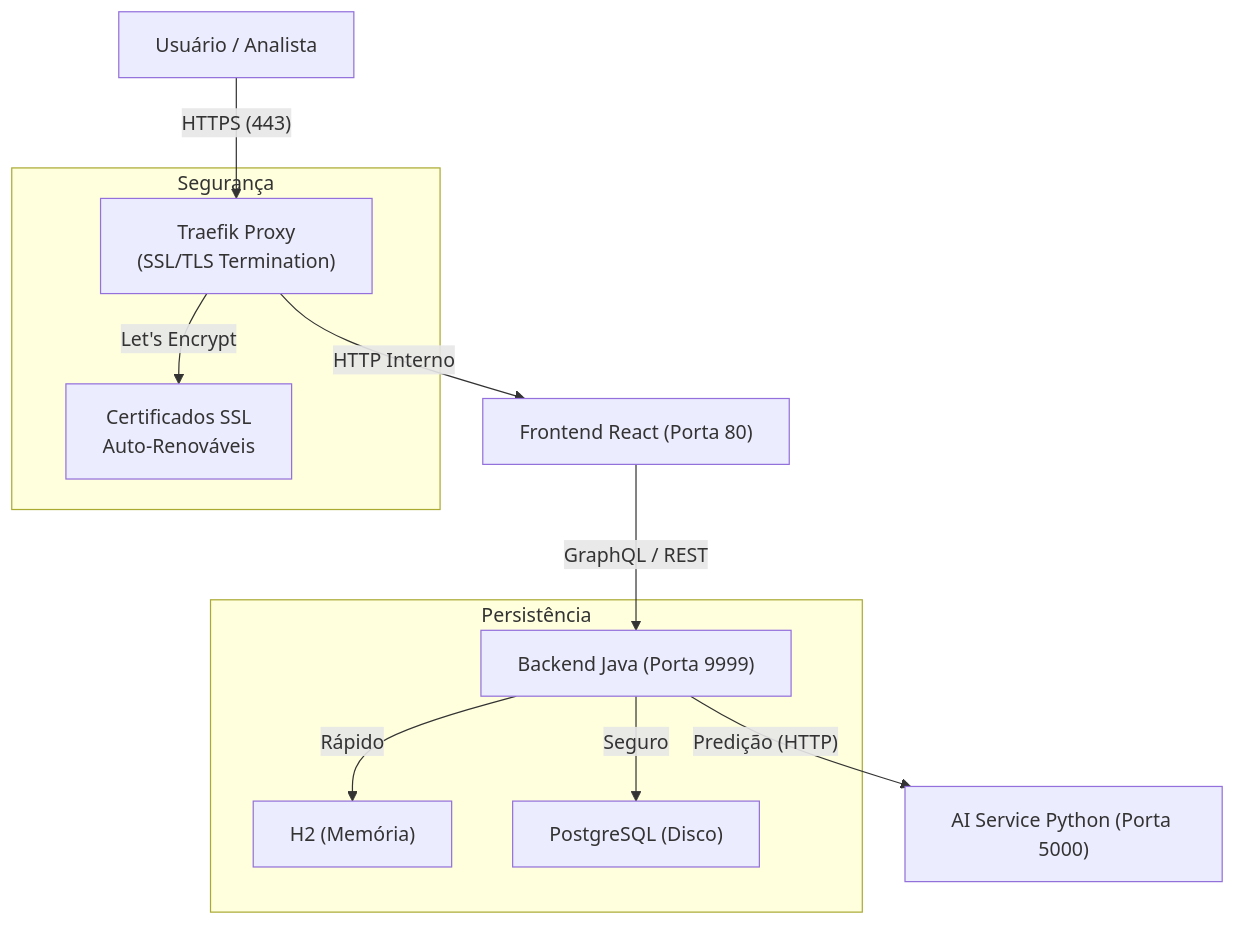
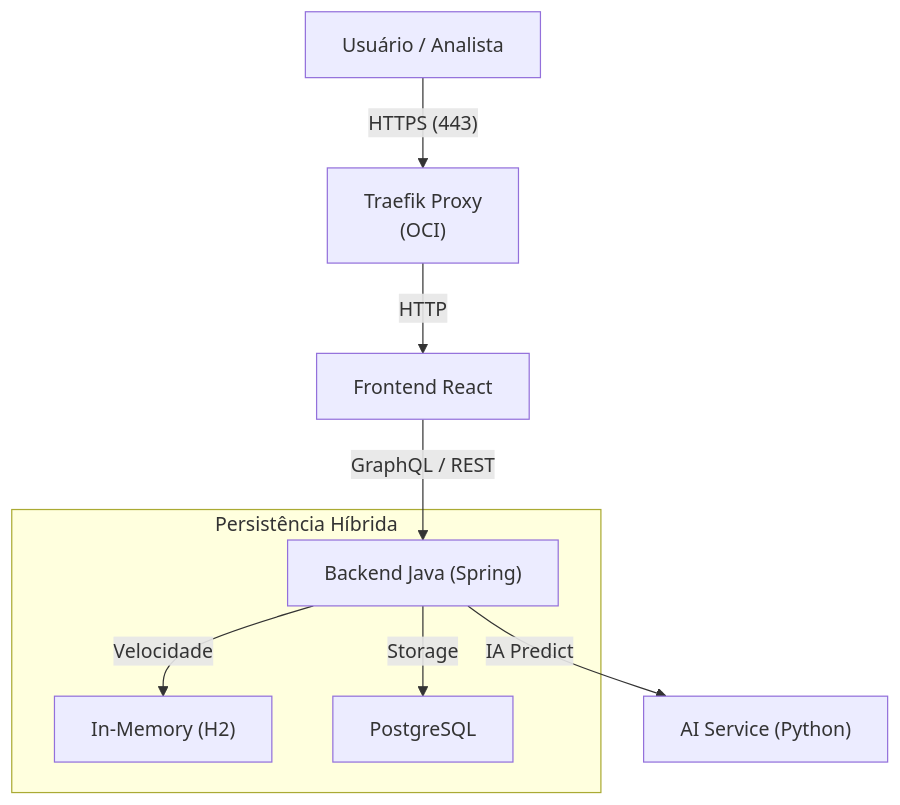
One commit to rafaelreisramos/ML-API-REST-HIBRIDA-HACKATHON-ONE-8 changed the diagram in README.md. Above: the diagram before and after it, drawn with Mermaid. The commit also changed other lines of this file and 7 other files, not shown here.

````diff
--- a/README.md
+++ b/README.md
@@ -152,16 +90,12 @@
 ```mermaid
 graph TD
-    User["Usuário / Analista"] -->|"HTTPS (443)"| Traefik["Traefik Proxy<br/>(SSL/TLS Termination)"]
-    Traefik -->|"HTTP Interno"| UI["Frontend React (Porta 80)"]
-    UI -->|"GraphQL / REST"| API["Backend Java (Porta 9999)"]
-    API -->|"Predição (HTTP)"| AI["AI Service Python (Porta 5000)"]
+    User["Usuário / Analista"] -->|"HTTPS (443)"| Traefik["Traefik Proxy<br/>(OCI)"]
+    Traefik -->|"HTTP"| UI["Frontend React"]
+    UI -->|"GraphQL / REST"| API["Backend Java (Spring)"]
+    API -->|"IA Predict"| AI["AI Service (Python)"]
     
-    subgraph "Persistência"
-    API -->|"Rápido"| H2["H2 (Memória)"]
-    API -->|"Seguro"| PG["PostgreSQL (Disco)"]
-    end
-    
-    subgraph "Segurança"
-    Traefik -->|"Let's Encrypt"| SSL["Certificados SSL<br/>Auto-Renováveis"]
+    subgraph "Persistência Híbrida"
+    API -->|"Velocidade"| H2["In-Memory (H2)"]
+    API -->|"Storage"| PG["PostgreSQL"]
     end
 ```
````
